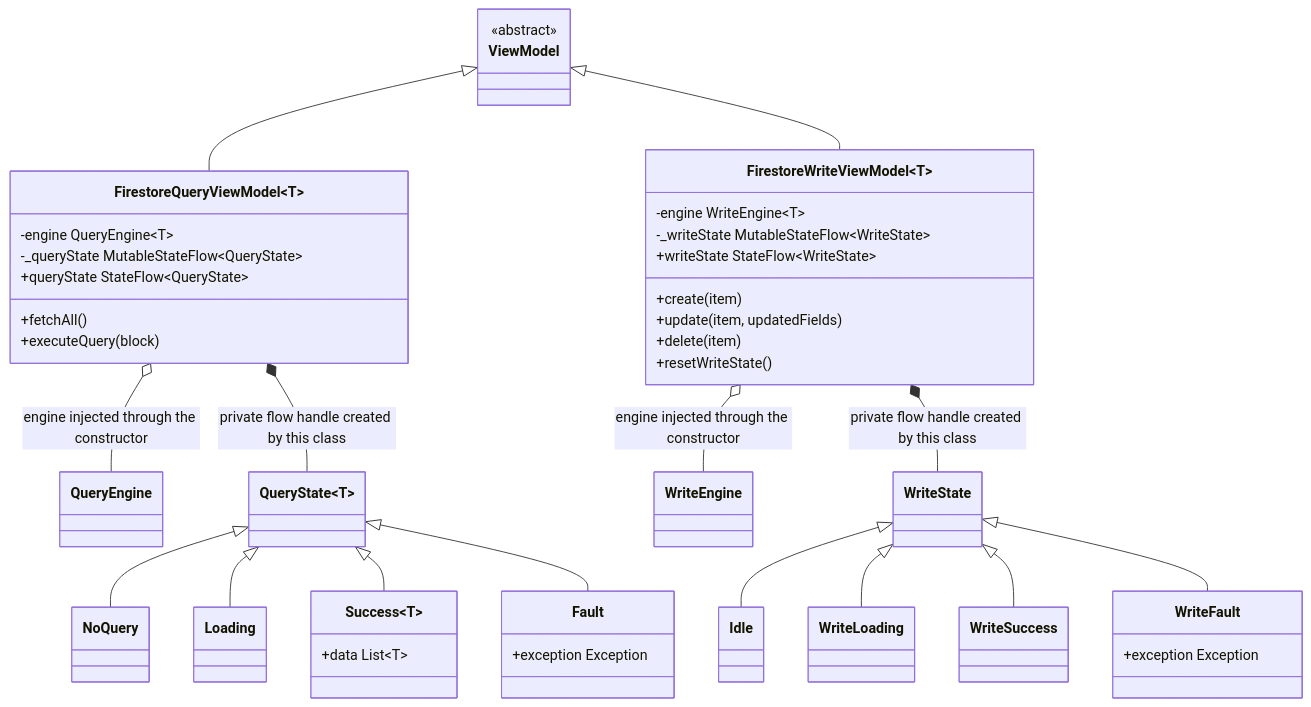
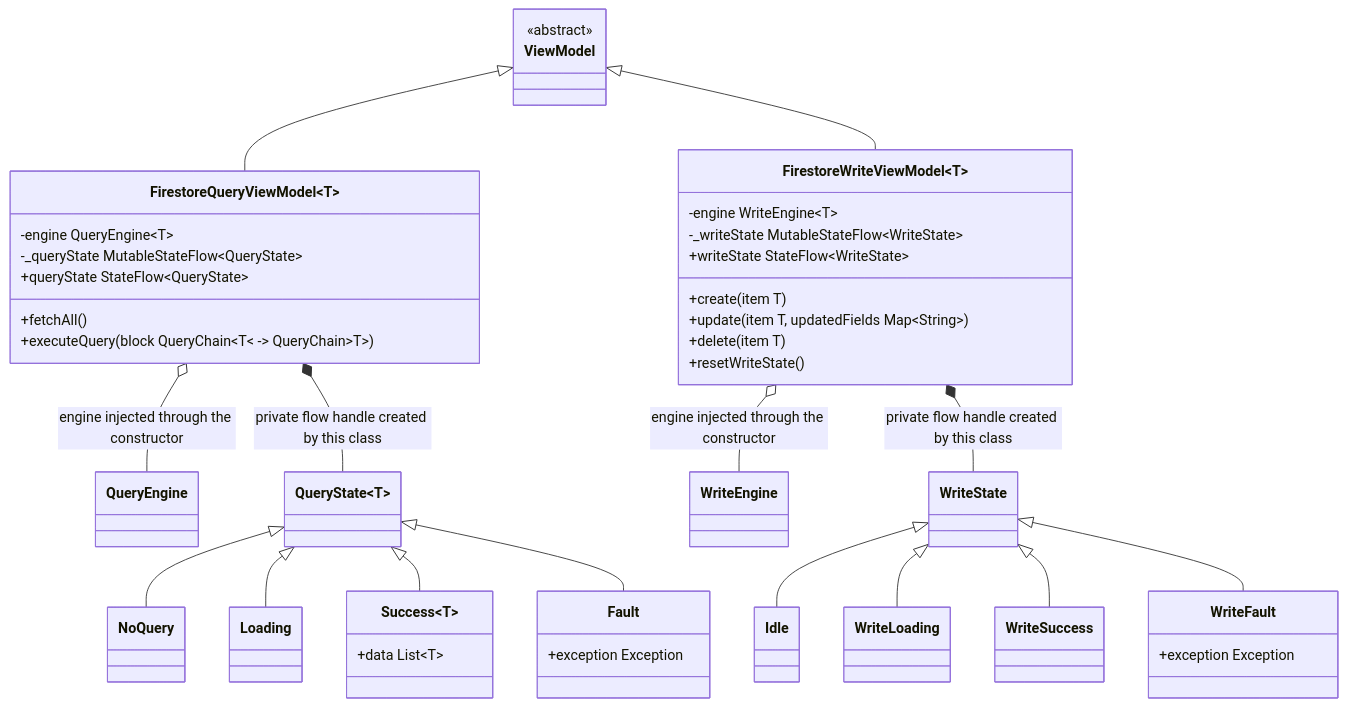
One commit to Quaser301/quasar-flow changed the diagram in documentation/FirestoreViews.md. Above: the diagram before and after it, drawn with Mermaid. The commit also changed other lines of this file and 2 other files, not shown here.

Commit message:
Added typed parameters to the UML signatures

````diff
--- a/documentation/FirestoreViews.md
+++ b/documentation/FirestoreViews.md
@@ -7,56 +7,56 @@
 ```mermaid
 classDiagram
     class ViewModel <<abstract>>
 
     class QueryState~T~
     class NoQuery
     class Loading
     class Success~T~ {
         +data List~T~
     }
     class Fault {
         +exception Exception
     }
 
     class WriteState
     class Idle
     class WriteLoading
     class WriteSuccess
     class WriteFault {
         +exception Exception
     }
 
     class FirestoreQueryViewModel~T~ {
         -engine QueryEngine~T~
         -_queryState MutableStateFlow~QueryState~
         +queryState StateFlow~QueryState~
         +fetchAll()
-        +executeQuery(block)
+        +executeQuery(block QueryChain~T~ -> QueryChain~T~)
     }
     class FirestoreWriteViewModel~T~ {
         -engine WriteEngine~T~
         -_writeState MutableStateFlow~WriteState~
         +writeState StateFlow~WriteState~
-        +create(item)
-        +update(item, updatedFields)
-        +delete(item)
+        +create(item T)
+        +update(item T, updatedFields Map~String~)
+        +delete(item T)
         +resetWriteState()
     }
 
     QueryState <|-- NoQuery
     QueryState <|-- Loading
     QueryState <|-- Success
     QueryState <|-- Fault
     WriteState <|-- Idle
     WriteState <|-- WriteLoading
     WriteState <|-- WriteSuccess
     WriteState <|-- WriteFault
 
     ViewModel <|-- FirestoreQueryViewModel
     ViewModel <|-- FirestoreWriteViewModel
 
     FirestoreQueryViewModel o-- QueryEngine : engine injected through the constructor
     FirestoreWriteViewModel o-- WriteEngine : engine injected through the constructor
     FirestoreQueryViewModel *-- QueryState : private flow handle created by this class
     FirestoreWriteViewModel *-- WriteState : private flow handle created by this class
 ```
````
